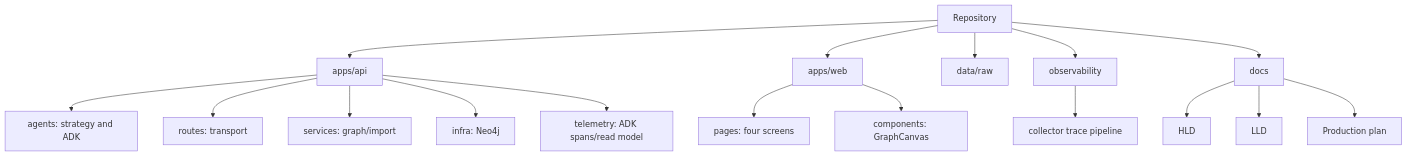
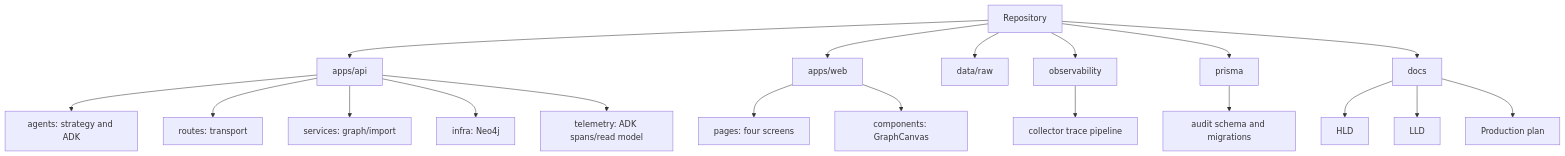
One commit to biswajitNanda223/may-the-knowledge-be-with-you changed the ninth of 9 diagrams in docs/DIAGRAMS.md. Above: the diagram before and after it, drawn with Mermaid. The commit also changed other lines of this file and 18 other files, not shown here.

First line of the commit message:
fix(audit): restore durable Prisma storage

````diff
--- a/docs/DIAGRAMS.md
+++ b/docs/DIAGRAMS.md
@@ -182,20 +209,22 @@
 ```mermaid
 flowchart TB
   Root[Repository]
   Root --> API[apps/api]
   Root --> Web[apps/web]
   Root --> Data[data/raw]
   Root --> Obs[observability]
+  Root --> Prisma[prisma]
   Root --> Docs[docs]
   API --> Agents[agents: strategy and ADK]
   API --> Routes[routes: transport]
   API --> Services[services: graph/import]
   API --> Infra[infra: Neo4j]
   API --> Telemetry[telemetry: ADK spans/read model]
   Web --> Pages[pages: four screens]
   Web --> Components[components: GraphCanvas]
   Obs --> Collector[collector trace pipeline]
+  Prisma --> AuditSchema[audit schema and migrations]
   Docs --> HLD[HLD]
   Docs --> LLD[LLD]
   Docs --> Production[Production plan]
 ```
````
